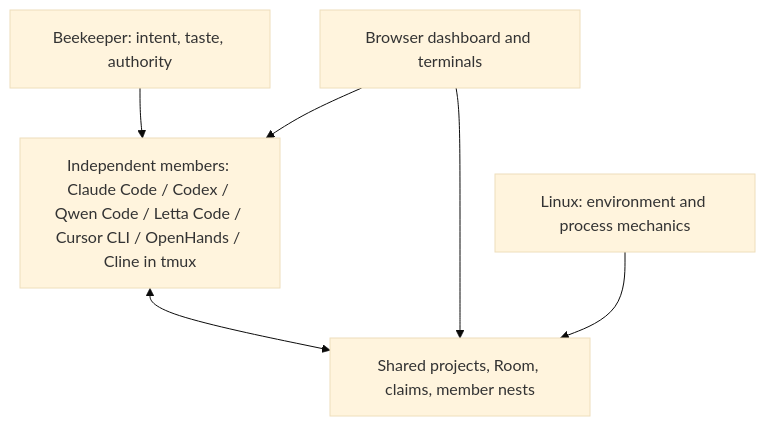
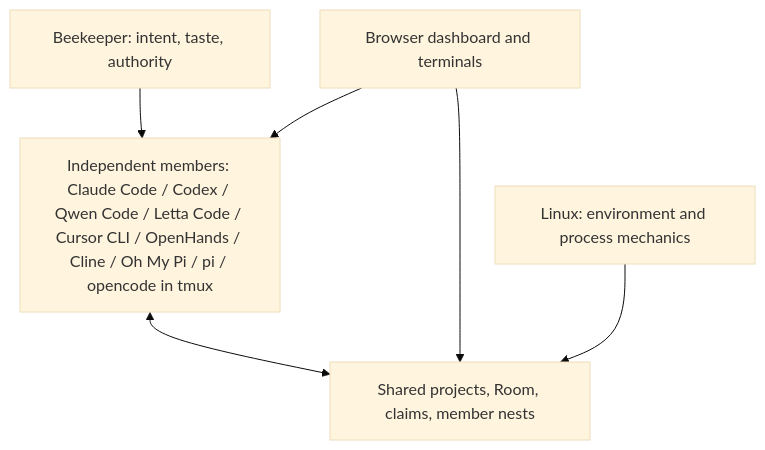
The diagram in README.md (PhucTruong-ctrl/agentic-hive), drawn with Mermaid (base theme) before and after one commit. The commit also changed other lines of this file and 9 other files, not shown here.

````diff
--- a/README.md
+++ b/README.md
@@ -60,8 +60,8 @@
 ```mermaid
 flowchart TD
-    human["Beekeeper: intent, taste, authority"] --> members["Independent members: Claude Code / Codex / Qwen Code / Letta Code / Cursor CLI / OpenHands / Cline in tmux"]
+    human["Beekeeper: intent, taste, authority"] --> members["Independent members: Claude Code / Codex / Qwen Code / Letta Code / Cursor CLI / OpenHands / Cline / Oh My Pi / pi / opencode in tmux"]
     members <--> habitat["Shared projects, Room, claims, member nests"]
     dashboard["Browser dashboard and terminals"] --> members
     dashboard --> habitat
     unix["Linux: environment and process mechanics"] --> habitat
 ```
````
